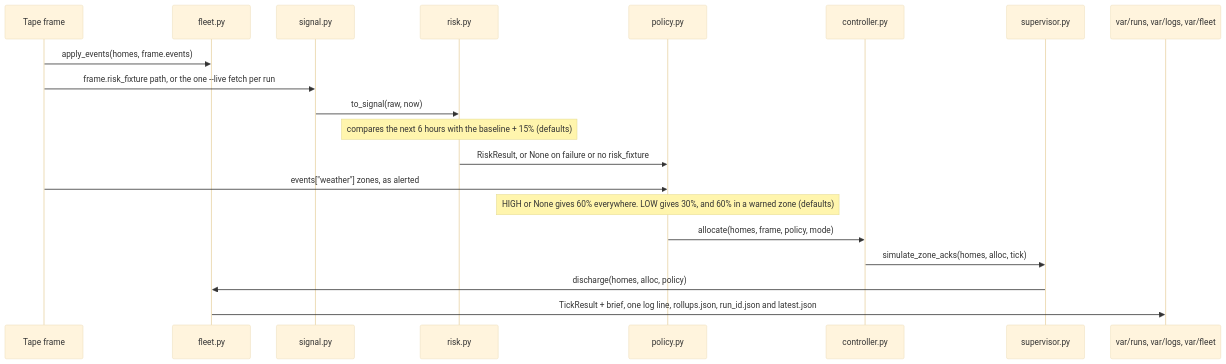
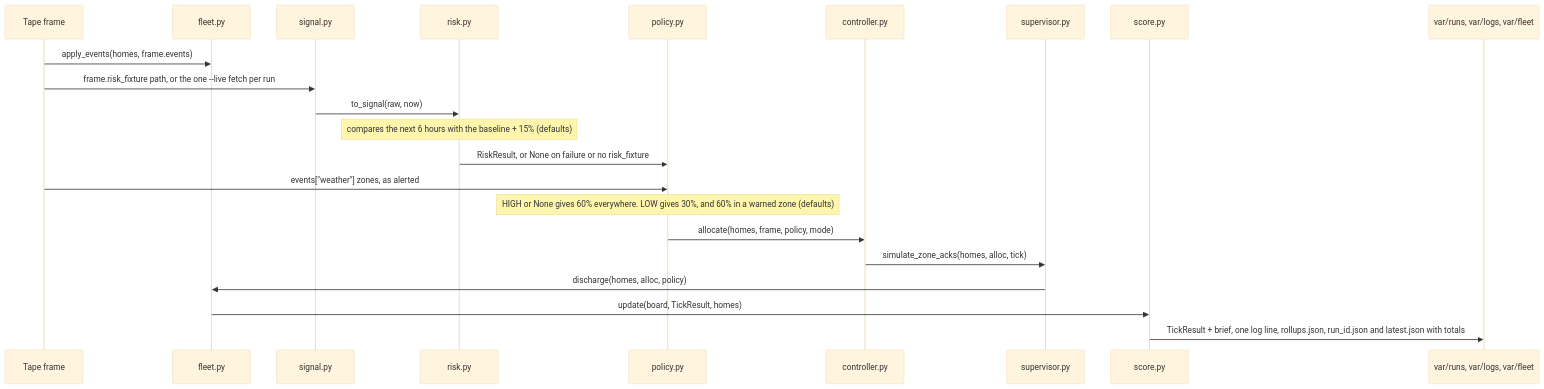
The second of 4 diagrams in docs/agents/code-flow.md (yeruvamaheswar/storm-prep-signal), drawn with Mermaid (base theme) before and after one commit. The commit also changed other lines of this file and 12 other files, not shown here.

Commit message:
System design doc + CI doc check; newcomer code-flow intro; telemetry wording

````diff
--- a/docs/agents/code-flow.md
+++ b/docs/agents/code-flow.md
@@ -105,23 +138,25 @@
 ```mermaid
 sequenceDiagram
   participant Tape as Tape frame
   participant Fleet as fleet.py
   participant Signal as signal.py
   participant Risk as risk.py
   participant Policy as policy.py
   participant Ctrl as controller.py
   participant Sup as supervisor.py
+  participant Score as score.py
   participant Out as var/runs, var/logs, var/fleet
 
   Tape->>Fleet: apply_events(homes, frame.events)
   Tape->>Signal: frame.risk_fixture path, or the one --live fetch per run
   Signal->>Risk: to_signal(raw, now)
   Note over Risk: compares the next 6 hours with the baseline + 15% (defaults)
   Risk->>Policy: RiskResult, or None on failure or no risk_fixture
   Tape->>Policy: events["weather"] zones, as alerted
   Note over Policy: HIGH or None gives 60% everywhere. LOW gives 30%, and 60% in a warned zone (defaults)
   Policy->>Ctrl: allocate(homes, frame, policy, mode)
   Ctrl->>Sup: simulate_zone_acks(homes, alloc, tick)
   Sup->>Fleet: discharge(homes, alloc, policy)
-  Fleet->>Out: TickResult + brief, one log line, rollups.json, run_id.json and latest.json
+  Fleet->>Score: update(board, TickResult, homes)
+  Score->>Out: TickResult + brief, one log line, rollups.json, run_id.json and latest.json with totals
 ```
````
